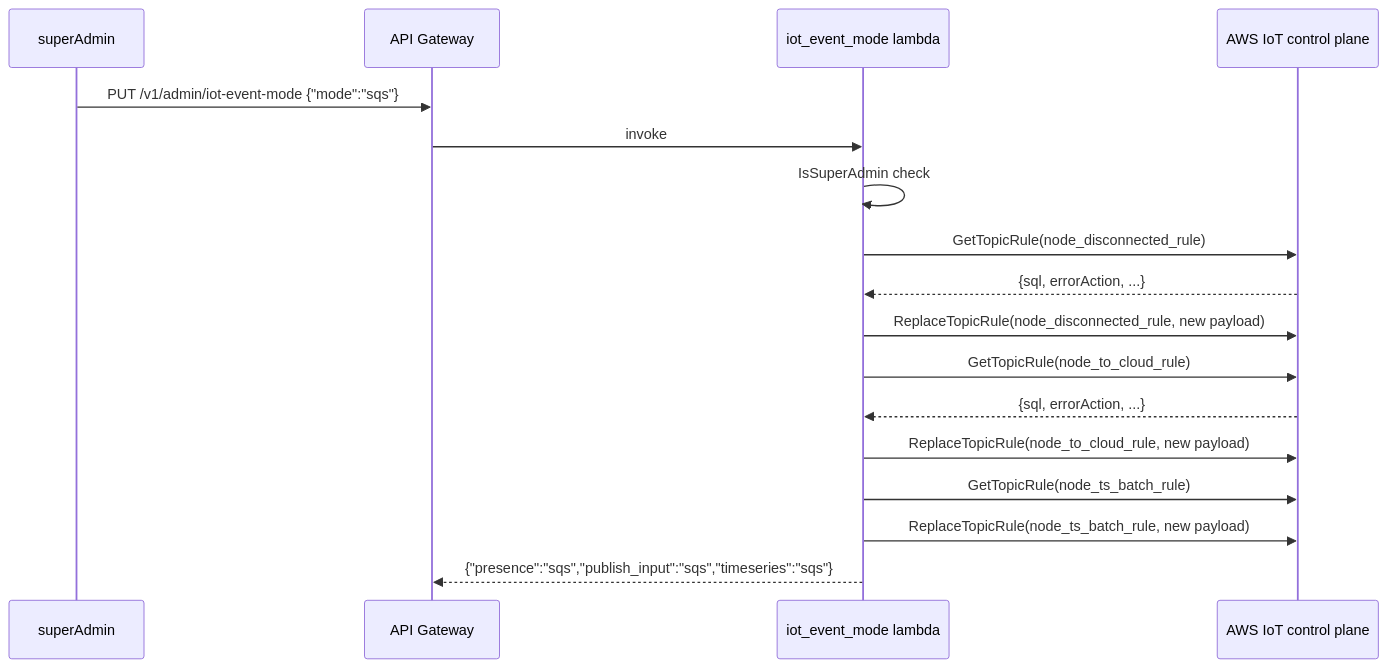
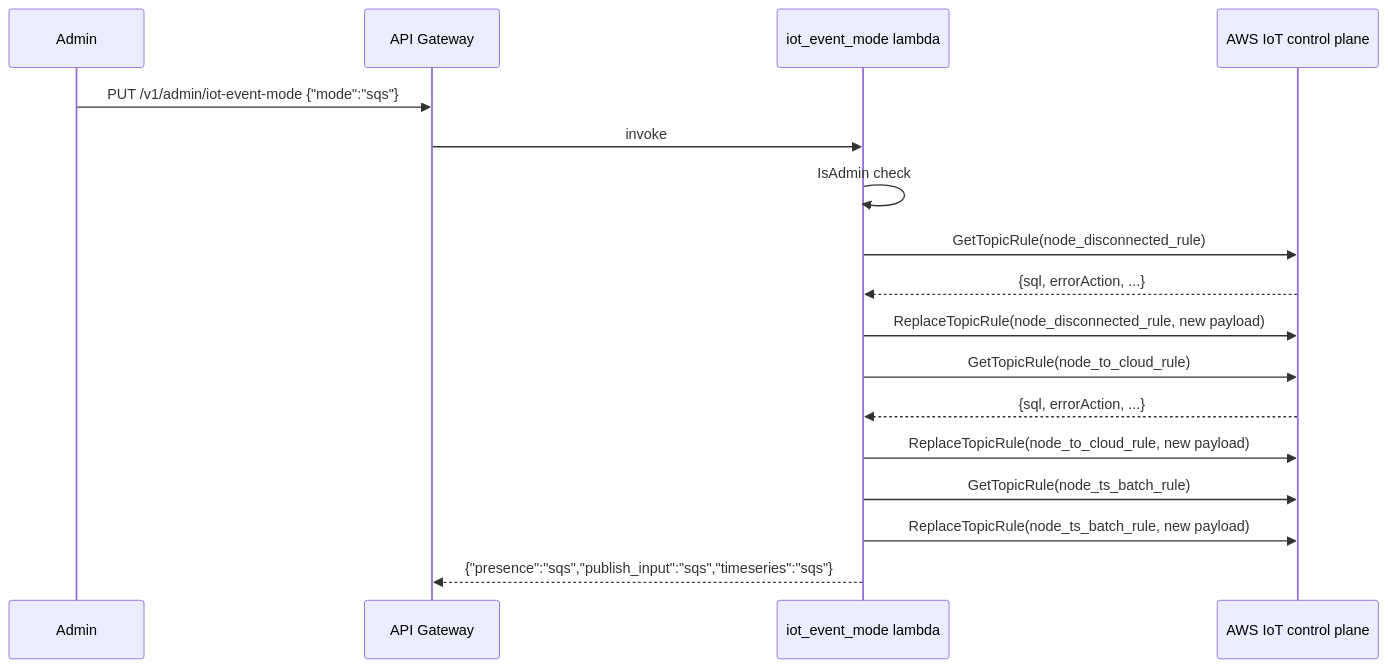
The third of 5 diagrams in docs/en/specs/iot_event_mode.md (espressif/esp-rainmaker-neo), drawn with Mermaid before and after one commit. The commit also changed other lines of this file and 108 other files, not shown here.

````diff
--- a/docs/en/specs/iot_event_mode.md
+++ b/docs/en/specs/iot_event_mode.md
@@ -158,19 +158,19 @@
 ```mermaid
 sequenceDiagram
-    participant Admin as superAdmin
+    participant Admin as Admin
     participant API as API Gateway
     participant L as iot_event_mode lambda
     participant IoT as AWS IoT control plane
     Admin->>API: PUT /v1/admin/iot-event-mode {"mode":"sqs"}
     API->>L: invoke
-    L->>L: IsSuperAdmin check
+    L->>L: IsAdmin check
     L->>IoT: GetTopicRule(node_disconnected_rule)
     IoT-->>L: {sql, errorAction, ...}
     L->>IoT: ReplaceTopicRule(node_disconnected_rule, new payload)
     L->>IoT: GetTopicRule(node_to_cloud_rule)
     IoT-->>L: {sql, errorAction, ...}
     L->>IoT: ReplaceTopicRule(node_to_cloud_rule, new payload)
     L->>IoT: GetTopicRule(node_ts_batch_rule)
     L->>IoT: ReplaceTopicRule(node_ts_batch_rule, new payload)
     L-->>API: {"presence":"sqs","publish_input":"sqs","timeseries":"sqs"}
 ```
````
